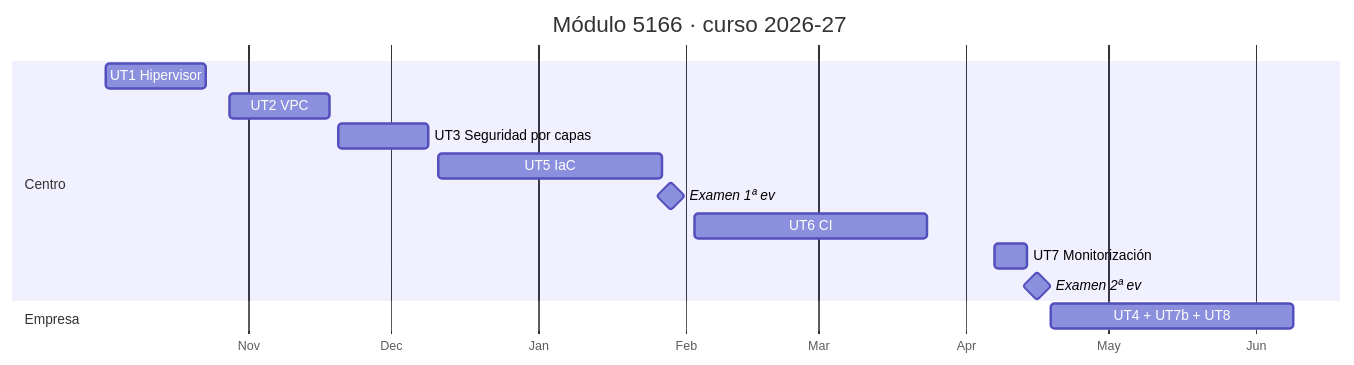
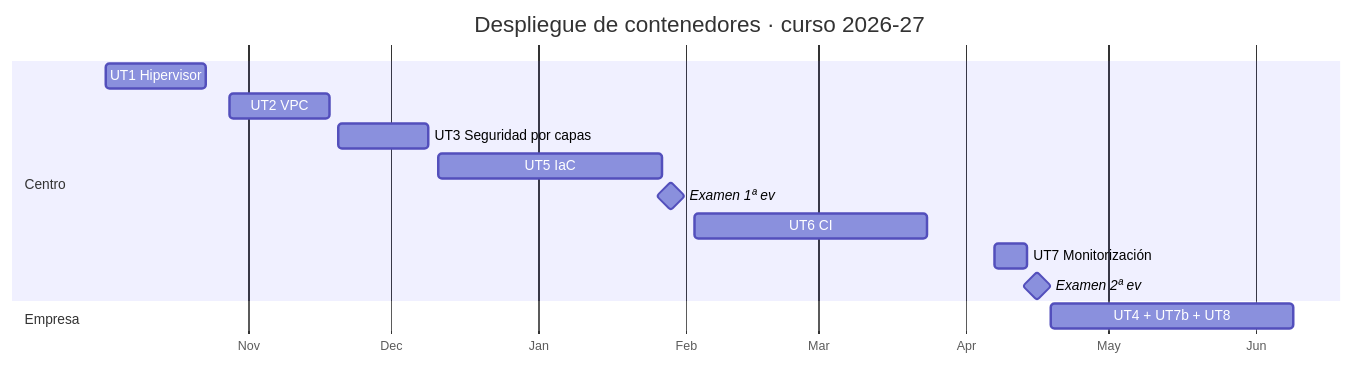
One commit to victor-educ/apuntes-5166 changed the diagram in docs/calendario.md. Above: the diagram before and after it, drawn with Mermaid. The commit also changed 14 other files, not shown here.

````diff
--- a/docs/calendario.md
+++ b/docs/calendario.md
@@ -80,17 +80,17 @@
 ```mermaid
 gantt
-    title Módulo 5166 · curso 2026-27
+    title Despliegue de contenedores · curso 2026-27
     dateFormat  YYYY-MM-DD
     axisFormat  %b
     section Centro
     UT1 Hipervisor           :2026-10-02, 2026-10-23
     UT2 VPC                  :2026-10-28, 2026-11-18
     UT3 Seguridad por capas  :2026-11-20, 2026-12-09
     UT5 IaC                  :2026-12-11, 2027-01-27
     Examen 1ª ev             :milestone, 2027-01-29, 0d
     UT6 CI                   :2027-02-03, 2027-03-24
     UT7 Monitorización       :2027-04-07, 2027-04-14
     Examen 2ª ev             :milestone, 2027-04-16, 0d
     section Empresa
     UT4 + UT7b + UT8         :2027-04-19, 2027-06-09
 ```
````
